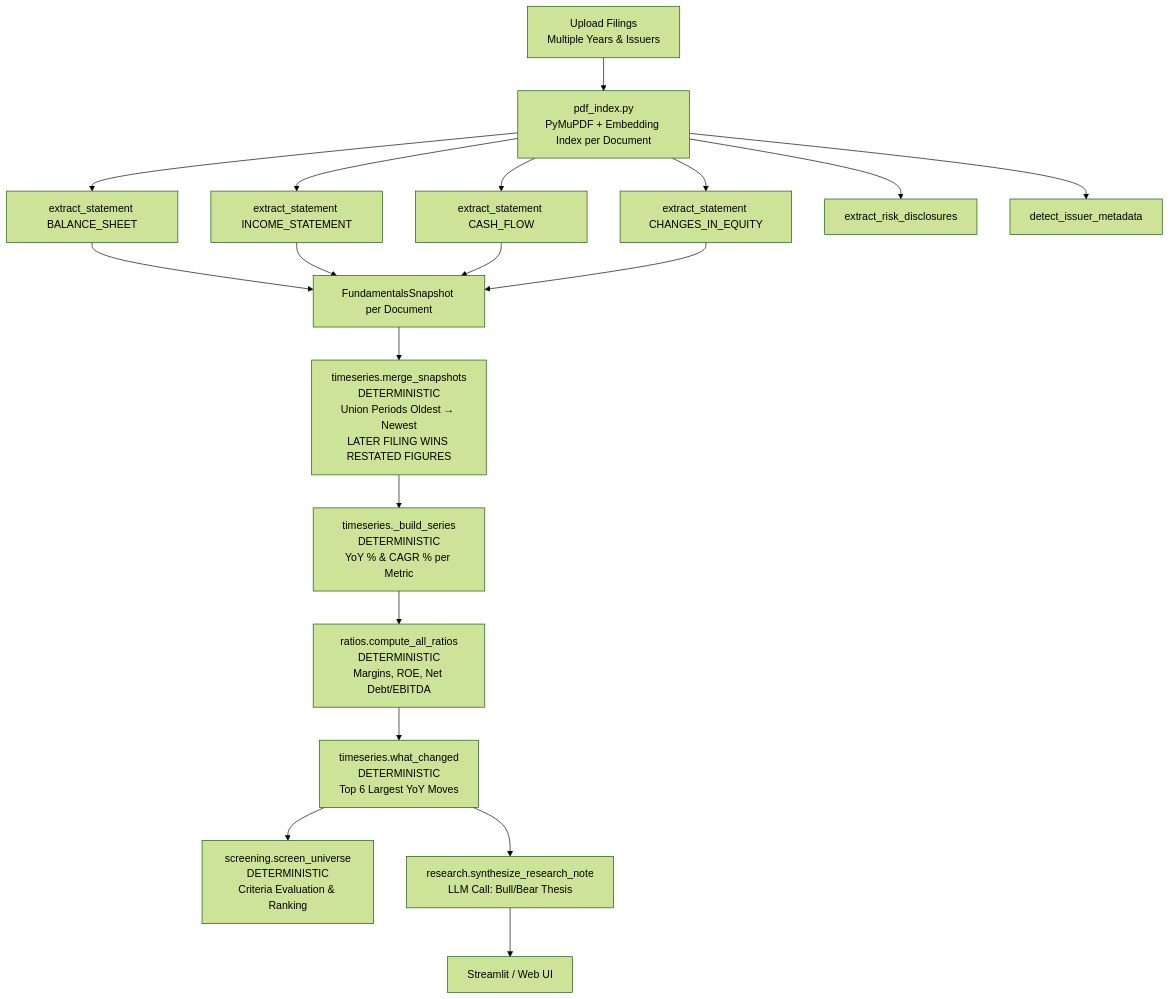
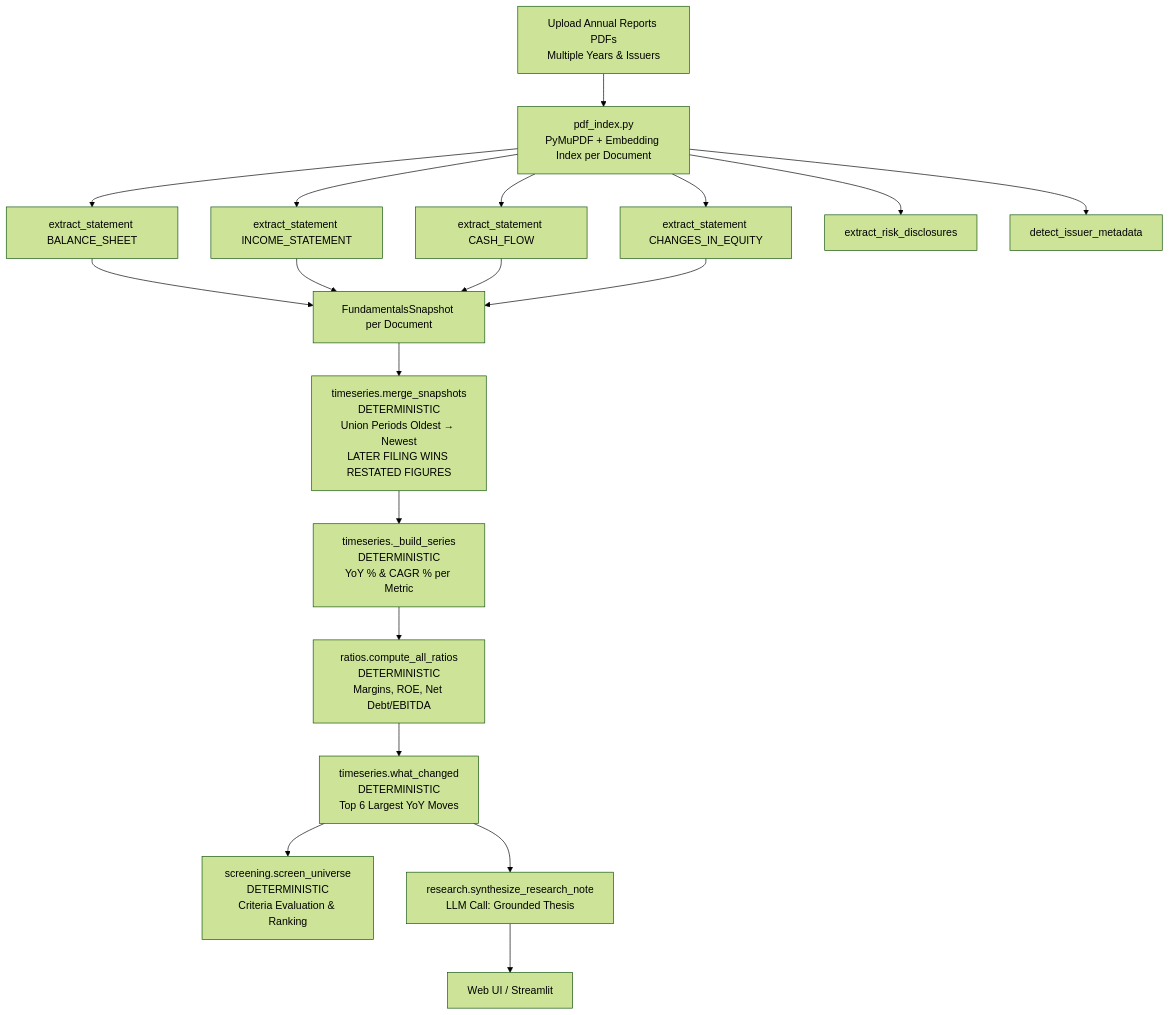
One commit to GSaiDheeraj/Finance-and-Banking-AI-Usecases changed the fourth of 10 diagrams in AI_FOR_FINANCE_AND_BANKING_BOOK.md. Above: the diagram before and after it, drawn with Mermaid (forest theme). The commit also changed other lines of this file, not shown here.

````diff
--- a/AI_FOR_FINANCE_AND_BANKING_BOOK.md
+++ b/AI_FOR_FINANCE_AND_BANKING_BOOK.md
@@ -448,19 +431,19 @@
 ```mermaid
 flowchart TD
-    A[Upload Filings\nMultiple Years & Issuers] --> B[pdf_index.py\nPyMuPDF + Embedding Index per Document]
+    A[Upload Annual Reports PDFs\nMultiple Years & Issuers] --> B[pdf_index.py\nPyMuPDF + Embedding Index per Document]
     B --> C1[extract_statement BALANCE_SHEET]
     B --> C2[extract_statement INCOME_STATEMENT]
     B --> C3[extract_statement CASH_FLOW]
     B --> C4[extract_statement CHANGES_IN_EQUITY]
     B --> C5[extract_risk_disclosures]
     B --> C6[detect_issuer_metadata]
 
     C1 & C2 & C3 & C4 --> D[FundamentalsSnapshot per Document]
     D --> E[timeseries.merge_snapshots\nDETERMINISTIC\nUnion Periods Oldest → Newest\nLATER FILING WINS RESTATED FIGURES]
     E --> F[timeseries._build_series\nDETERMINISTIC\nYoY % & CAGR % per Metric]
     F --> G[ratios.compute_all_ratios\nDETERMINISTIC\nMargins, ROE, Net Debt/EBITDA]
     G --> H[timeseries.what_changed\nDETERMINISTIC\nTop 6 Largest YoY Moves]
     H --> I[screening.screen_universe\nDETERMINISTIC\nCriteria Evaluation & Ranking]
-    H --> J[research.synthesize_research_note\nLLM Call: Bull/Bear Thesis]
-    J --> K[Streamlit / Web UI]
+    H --> J[research.synthesize_research_note\nLLM Call: Grounded Thesis]
+    J --> K[Web UI / Streamlit]
 ```
````
